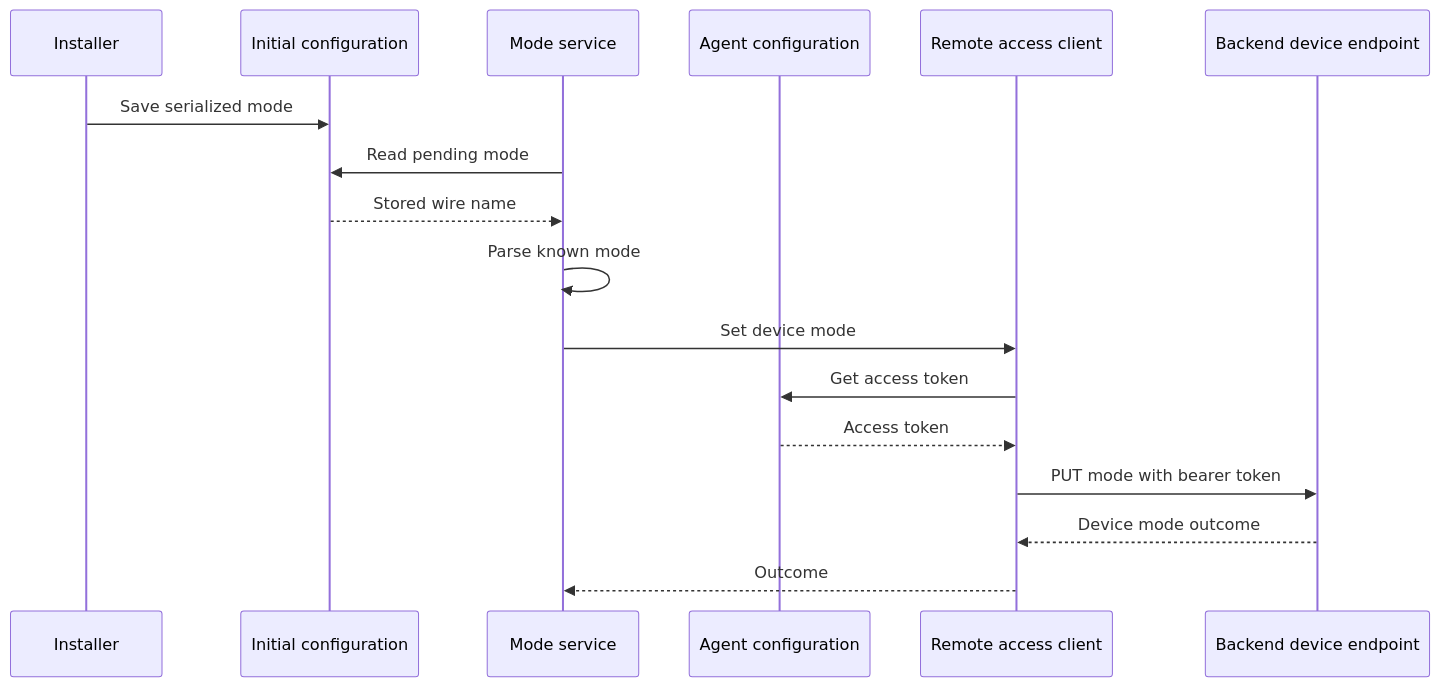
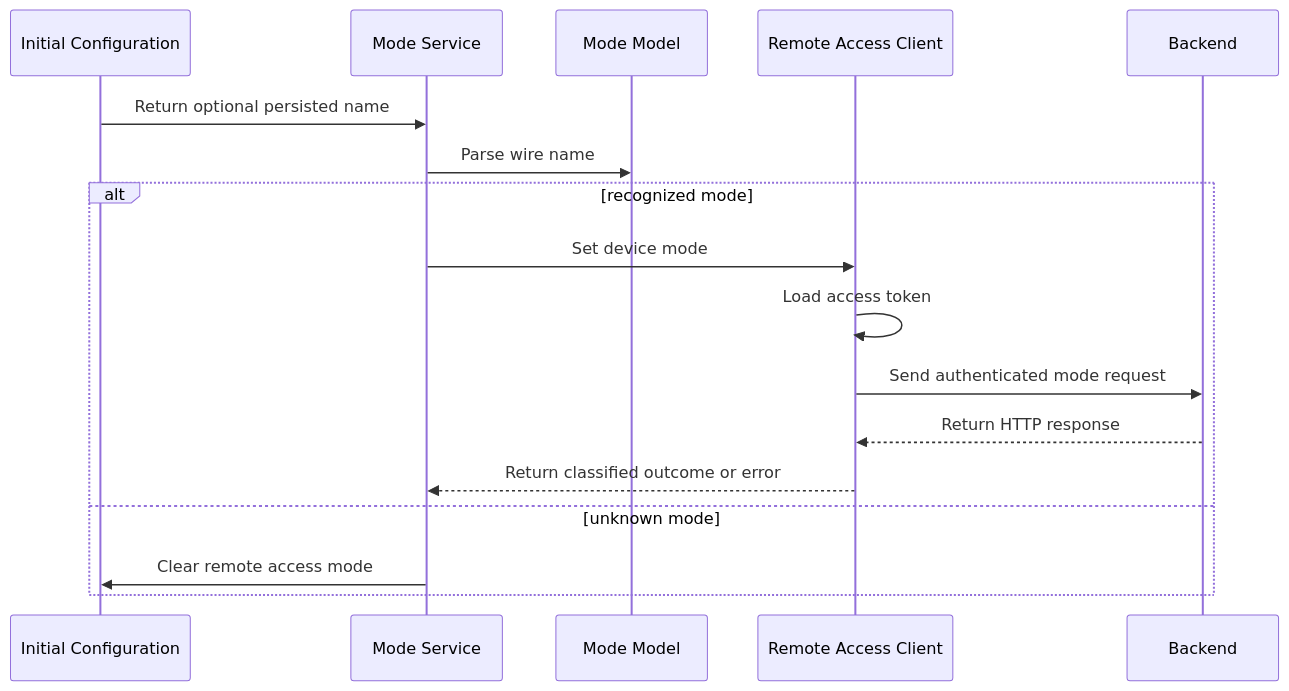
The diagram in docs/diagrams/architecture/model-remote-access-mode-4.mmd (flamingo-stack/openframe-oss-tenant), drawn with Mermaid before and after one commit. The commit also changed 2377 other files, not shown here.

```diff
--- a/docs/diagrams/architecture/model-remote-access-mode-4.mmd
+++ b/docs/diagrams/architecture/model-remote-access-mode-4.mmd
@@ -1,17 +1,17 @@
 sequenceDiagram
-    participant I as Installer
-    participant C as Initial configuration
-    participant S as Mode service
-    participant A as Agent configuration
-    participant R as Remote access client
-    participant B as Backend device endpoint
-    I->>C: Save serialized mode
-    S->>C: Read pending mode
-    C-->>S: Stored wire name
-    S->>S: Parse known mode
-    S->>R: Set device mode
-    R->>A: Get access token
-    A-->>R: Access token
-    R->>B: PUT mode with bearer token
-    B-->>R: Device mode outcome
-    R-->>S: Outcome
+    participant Config as Initial Configuration
+    participant Service as Mode Service
+    participant Model as Mode Model
+    participant Api as Remote Access Client
+    participant Backend as Backend
+    Config->>Service: Return optional persisted name
+    Service->>Model: Parse wire name
+    alt recognized mode
+        Service->>Api: Set device mode
+        Api->>Api: Load access token
+        Api->>Backend: Send authenticated mode request
+        Backend-->>Api: Return HTTP response
+        Api-->>Service: Return classified outcome or error
+    else unknown mode
+        Service->>Config: Clear remote access mode
+    end
```
